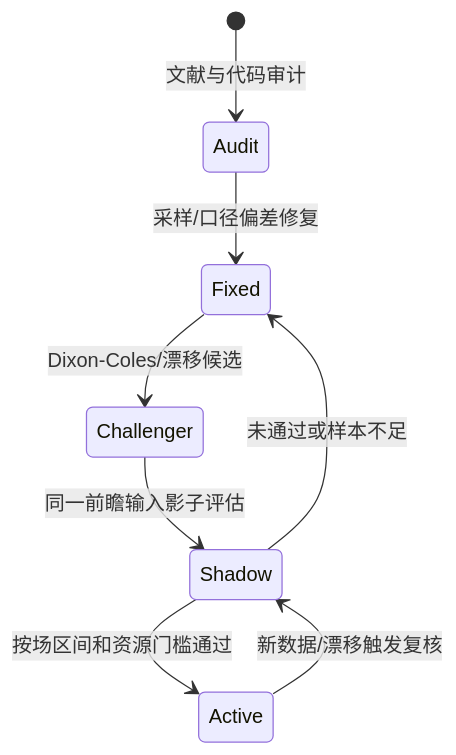
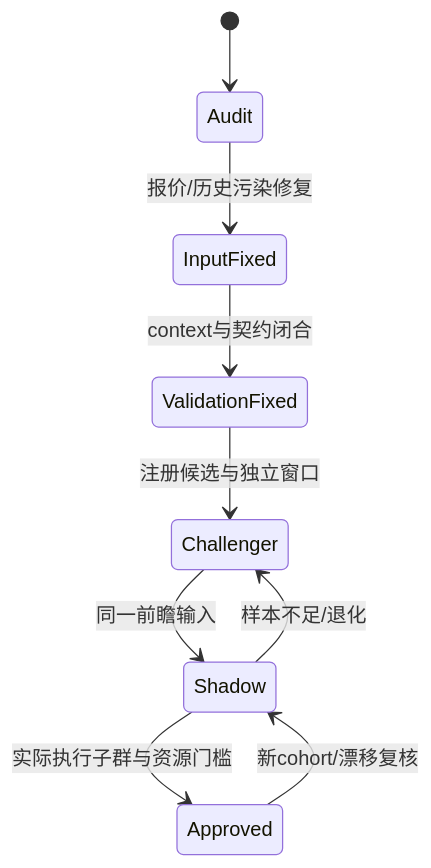
One commit to 1420970597/ai_football changed the third of 3 diagrams in reports/decision-algorithm-model-audit/REPORT.md. Above: the diagram before and after it, drawn with Mermaid. The commit also changed other lines of this file and 15 other files, not shown here.

````diff
--- a/reports/decision-algorithm-model-audit/REPORT.md
+++ b/reports/decision-algorithm-model-audit/REPORT.md
@@ -202,10 +160,11 @@
 ```mermaid
 stateDiagram-v2
-    [*] --> Audit: 文献与代码审计
-    Audit --> Fixed: 采样/口径偏差修复
-    Fixed --> Challenger: Dixon-Coles/漂移候选
-    Challenger --> Shadow: 同一前瞻输入影子评估
-    Shadow --> Active: 按场区间和资源门槛通过
-    Shadow --> Fixed: 未通过或样本不足
-    Active --> Shadow: 新数据/漂移触发复核
+    [*] --> Audit
+    Audit --> InputFixed: 报价/历史污染修复
+    InputFixed --> ValidationFixed: context与契约闭合
+    ValidationFixed --> Challenger: 注册候选与独立窗口
+    Challenger --> Shadow: 同一前瞻输入
+    Shadow --> Approved: 实际执行子群与资源门槛
+    Shadow --> Challenger: 样本不足/退化
+    Approved --> Shadow: 新cohort/漂移复核
 ```
````
